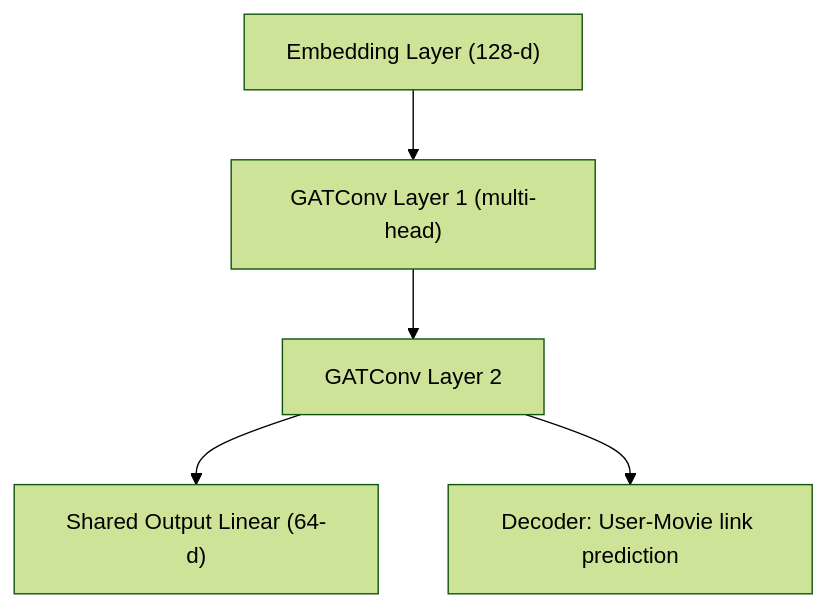
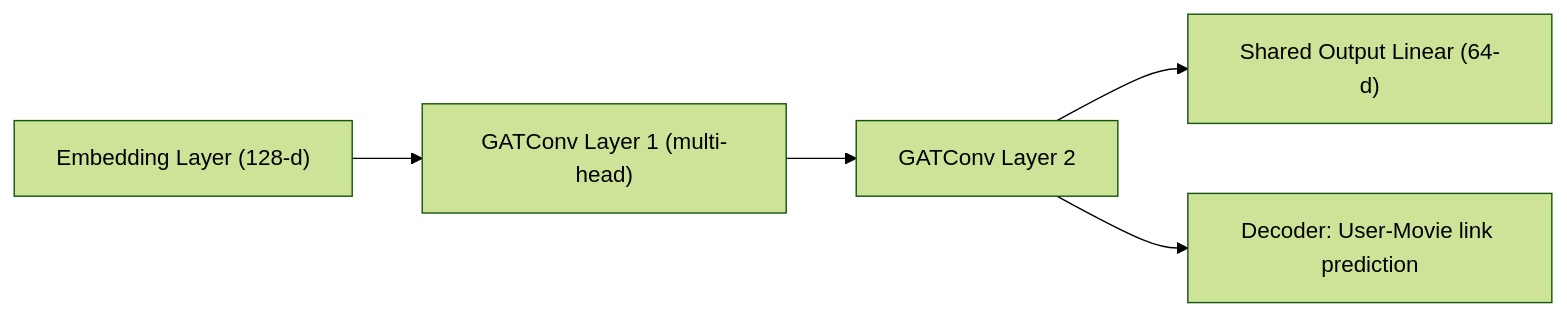
One commit to SyngyeonTak/GNN-and-GraphRAG-based-Movie-Recommendation-Chatbot changed the second of 2 diagrams in README.md. Above: the diagram before and after it, drawn with Mermaid (forest theme). The commit also changed other lines of this file, not shown here.

````diff
--- a/README.md
+++ b/README.md
@@ -29,7 +47,7 @@
   ```mermaid
-  flowchart TD
+  flowchart LR
     A["Embedding Layer (128-d)"] --> B1["GATConv Layer 1 (multi-head)"]
     B1 --> B2["GATConv Layer 2"]
     B2 --> C["Shared Output Linear (64-d)"]
     B2 --> D["Decoder: User-Movie link prediction"]
   ```
````
